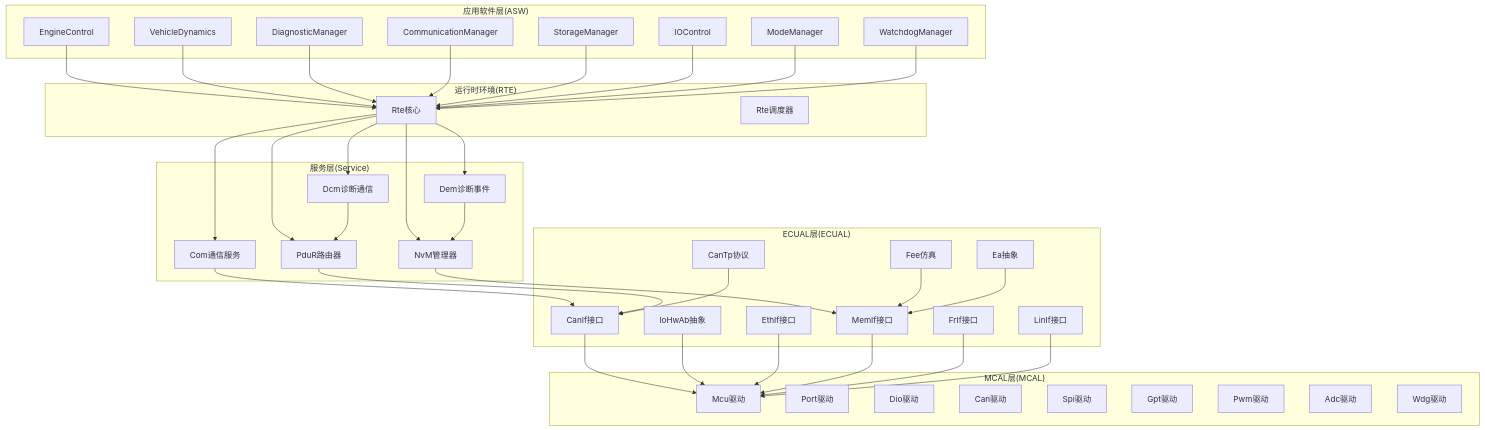
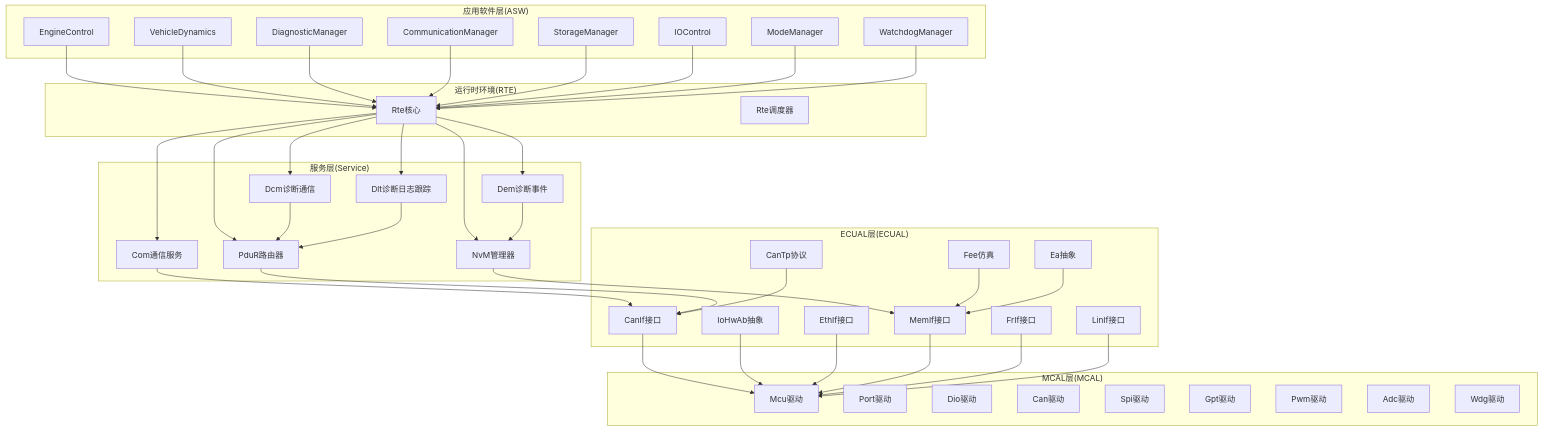
Before and after one commit to frisky1985/yuleASR: the third of 6 diagrams in .qoder/repowiki/zh/content/开发指南/开发流程/模块创建工作流程.md, drawn with Mermaid. The commit also changed other lines of this file and 4 other files, not shown here.

````diff
--- a/.qoder/repowiki/zh/content/开发指南/开发流程/模块创建工作流程.md
+++ b/.qoder/repowiki/zh/content/开发指南/开发流程/模块创建工作流程.md
@@ -166,73 +177,76 @@
 ```mermaid
 graph TB
 subgraph "应用软件层(ASW)"
 ENGINE[EngineControl]
 VEHICLE[VehicleDynamics]
 DIAG[DiagnosticManager]
 COMM[CommunicationManager]
 STORAGE[StorageManager]
 IO[IOControl]
 MODE[ModeManager]
 WATCHDOG[WatchdogManager]
 end
 subgraph "运行时环境(RTE)"
 RTE_CORE[Rte核心]
 RTE_SCHED[Rte调度器]
 end
 subgraph "服务层(Service)"
 COM[Com通信服务]
 PDUR[PduR路由器]
 NVM[NvM管理器]
 DCM[Dcm诊断通信]
 DEM[Dem诊断事件]
+DLT[Dlt诊断日志跟踪]
 end
 subgraph "ECUAL层(ECUAL)"
 CANIF[CanIf接口]
 IOHWAB[IoHwAb抽象]
 CANTP[CanTp协议]
 ETHIF[EthIf接口]
 MEMIF[MemIf接口]
 FEE[Fee仿真]
 EA[Ea抽象]
 FRIF[FrIf接口]
 LINIF[LinIf接口]
 end
 subgraph "MCAL层(MCAL)"
 MCU[Mcu驱动]
 PORT[Port驱动]
 DIO[Dio驱动]
 CAN[Can驱动]
 SPI[Spi驱动]
 GPT[Gpt驱动]
 PWM[Pwm驱动]
 ADC[Adc驱动]
 WDG[Wdg驱动]
 end
 ENGINE --> RTE_CORE
 VEHICLE --> RTE_CORE
 DIAG --> RTE_CORE
 COMM --> RTE_CORE
 STORAGE --> RTE_CORE
 IO --> RTE_CORE
 MODE --> RTE_CORE
 WATCHDOG --> RTE_CORE
 RTE_CORE --> COM
 RTE_CORE --> PDUR
 RTE_CORE --> NVM
 RTE_CORE --> DCM
 RTE_CORE --> DEM
+RTE_CORE --> DLT
 COM --> CANIF
 PDUR --> CANIF
 NVM --> MEMIF
 DCM --> PDUR
 DEM --> NVM
+DLT --> PDUR
 CANIF --> MCU
 IOHWAB --> MCU
 CANTP --> CANIF
 ETHIF --> MCU
 MEMIF --> MCU
 FEE --> MEMIF
 EA --> MEMIF
 FRIF --> MCU
 LINIF --> MCU
 ```
````
